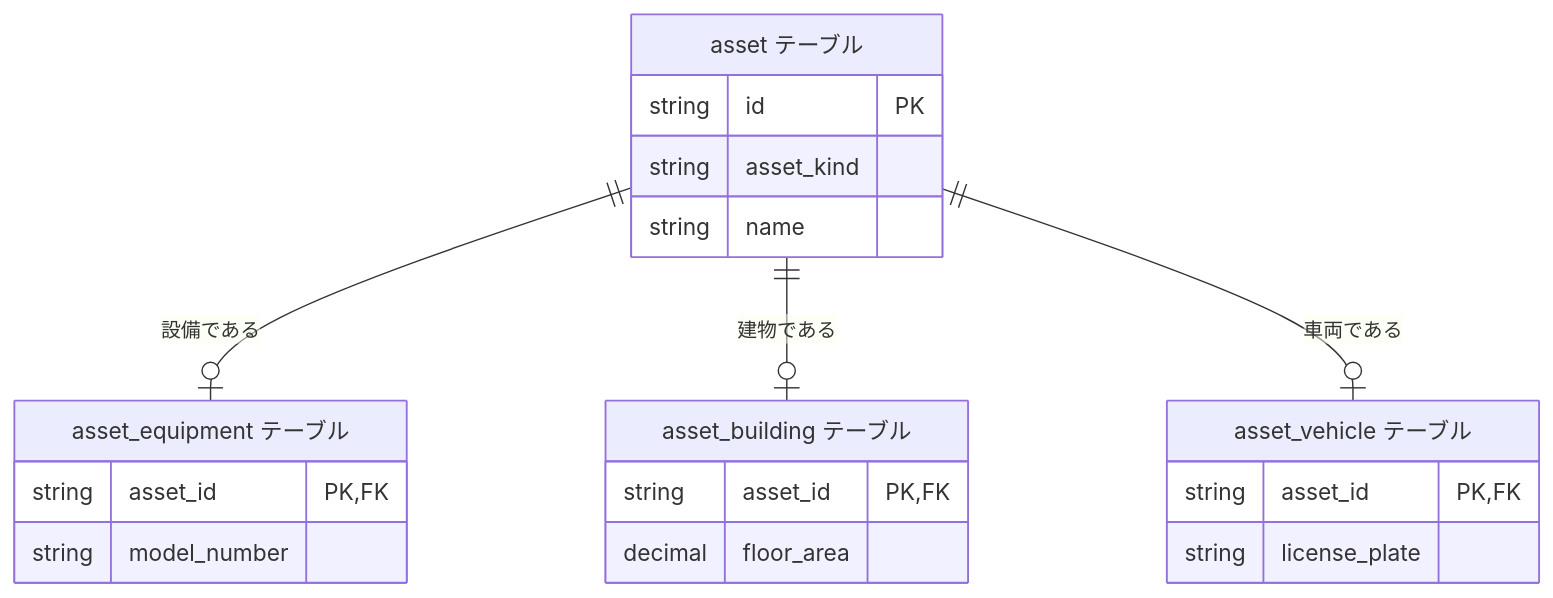
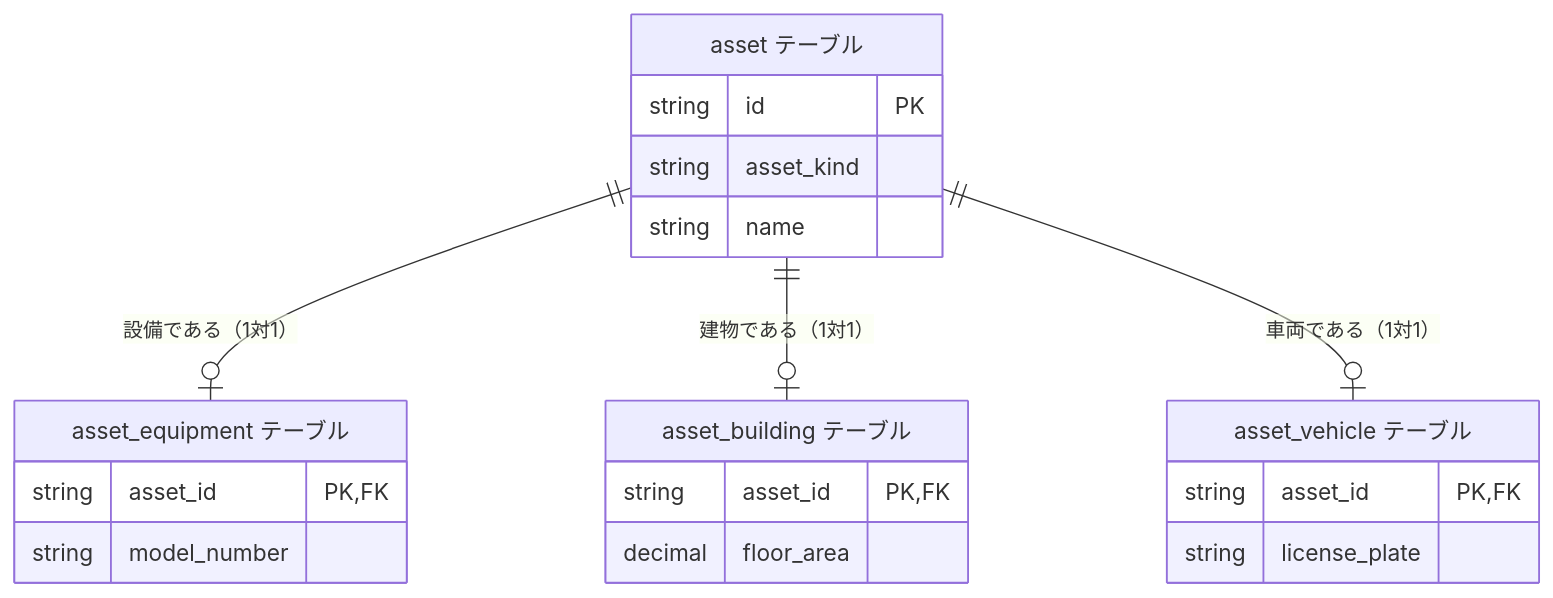
One commit to hiroki-it/tech-notebook changed the fourth of 30 diagrams in docs/software/software_middleware_database_rdb_er.md. Above: the diagram before and after it, drawn with Mermaid. The commit also changed other lines of this file and 4 other files, not shown here.

````diff
--- a/docs/software/software_middleware_database_rdb_er.md
+++ b/docs/software/software_middleware_database_rdb_er.md
@@ -99,27 +99,27 @@
 ```mermaid
 erDiagram
   asset["asset テーブル"] {
     string id PK
     string asset_kind
     string name
   }
 
   asset_equipment["asset_equipment テーブル"] {
     string asset_id PK,FK
     string model_number
   }
 
   asset_building["asset_building テーブル"] {
     string asset_id PK,FK
     decimal floor_area
   }
 
   asset_vehicle["asset_vehicle テーブル"] {
     string asset_id PK,FK
     string license_plate
   }
 
-  asset ||--o| asset_equipment : "設備である"
-  asset ||--o| asset_building : "建物である"
-  asset ||--o| asset_vehicle : "車両である"
+  asset ||--o| asset_equipment : "設備である（1対1）"
+  asset ||--o| asset_building : "建物である（1対1）"
+  asset ||--o| asset_vehicle : "車両である（1対1）"
 ```
````
